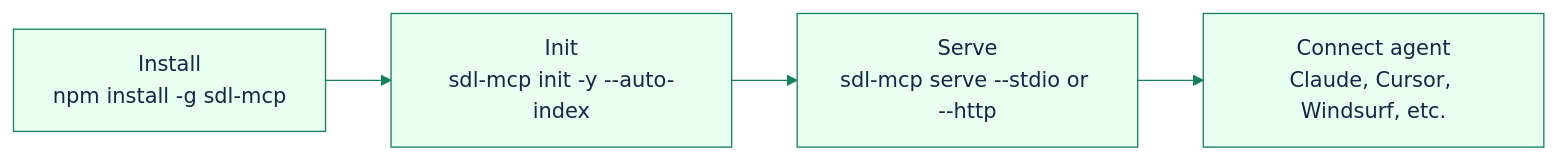
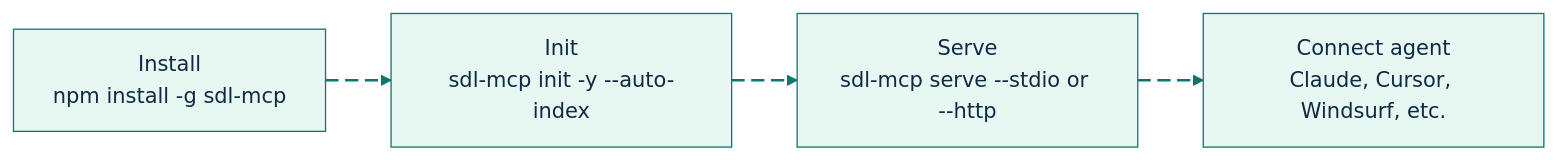
One commit to GlitterKill/sdl-mcp changed the diagram in docs/getting-started.md. Above: the diagram before and after it, drawn with Mermaid. The commit also changed 33 other files, not shown here.

First line of the commit message:
docs: update mermaid diagram themes and styling across documentation

````diff
--- a/docs/getting-started.md
+++ b/docs/getting-started.md
@@ -21,10 +21,21 @@
 ```mermaid
-%%{init: {"theme":"base","themeVariables":{"primaryColor":"#e8fff1","primaryBorderColor":"#157f5b","primaryTextColor":"#102a43","secondaryColor":"#eef6ff","secondaryBorderColor":"#2563eb","tertiaryColor":"#fff4d6","tertiaryBorderColor":"#b45309","lineColor":"#157f5b","fontFamily":"Trebuchet MS, Arial"},"flowchart":{"curve":"basis"}}}%%
+%%{init: {"theme":"base","themeVariables":{"background":"#ffffff","primaryColor":"#E7F8F2","primaryBorderColor":"#0F766E","primaryTextColor":"#102A43","secondaryColor":"#E8F1FF","secondaryBorderColor":"#2563EB","secondaryTextColor":"#102A43","tertiaryColor":"#FFF4D6","tertiaryBorderColor":"#B45309","tertiaryTextColor":"#102A43","lineColor":"#0F766E","textColor":"#102A43","fontFamily":"Inter, ui-sans-serif, system-ui, -apple-system, BlinkMacSystemFont, Segoe UI, sans-serif"},"flowchart":{"curve":"basis","htmlLabels":true}}}%%
 flowchart LR
     Install["Install<br/>npm install -g sdl-mcp"]
     Init["Init<br/>sdl-mcp init -y --auto-index"]
     Serve["Serve<br/>sdl-mcp serve --stdio or --http"]
     Connect["Connect agent<br/>Claude, Cursor, Windsurf, etc."]
 
-    Install --> Init --> Serve --> Connect
+    Install e1@--> Init
+    Init e2@--> Serve
+    Serve e3@--> Connect
+
+    classDef source fill:#E7F8F2,stroke:#0F766E,stroke-width:2px,color:#102A43;
+    classDef process fill:#E8F1FF,stroke:#2563EB,stroke-width:2px,color:#102A43;
+    classDef decision fill:#FFF4D6,stroke:#B45309,stroke-width:2px,color:#102A43;
+    classDef storage fill:#F2E8FF,stroke:#7C3AED,stroke-width:2px,color:#102A43;
+    classDef output fill:#FFE8EF,stroke:#BE123C,stroke-width:2px,color:#102A43;
+    classDef muted fill:#F8FAFC,stroke:#64748B,stroke-width:1px,color:#102A43;
+    classDef animate stroke:#0F766E,stroke-width:2px,stroke-dasharray:10\,5,stroke-dashoffset:900,animation:dash 22s linear infinite;
+    class e1,e2,e3 animate;
 ```
````
